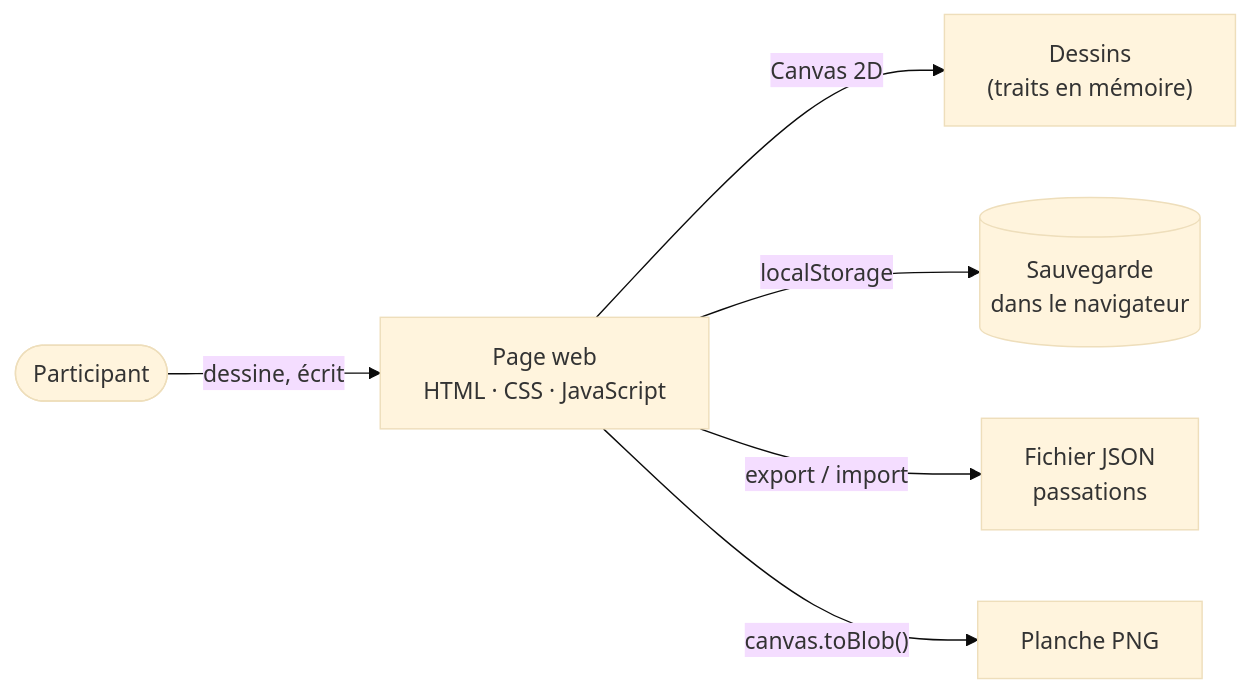
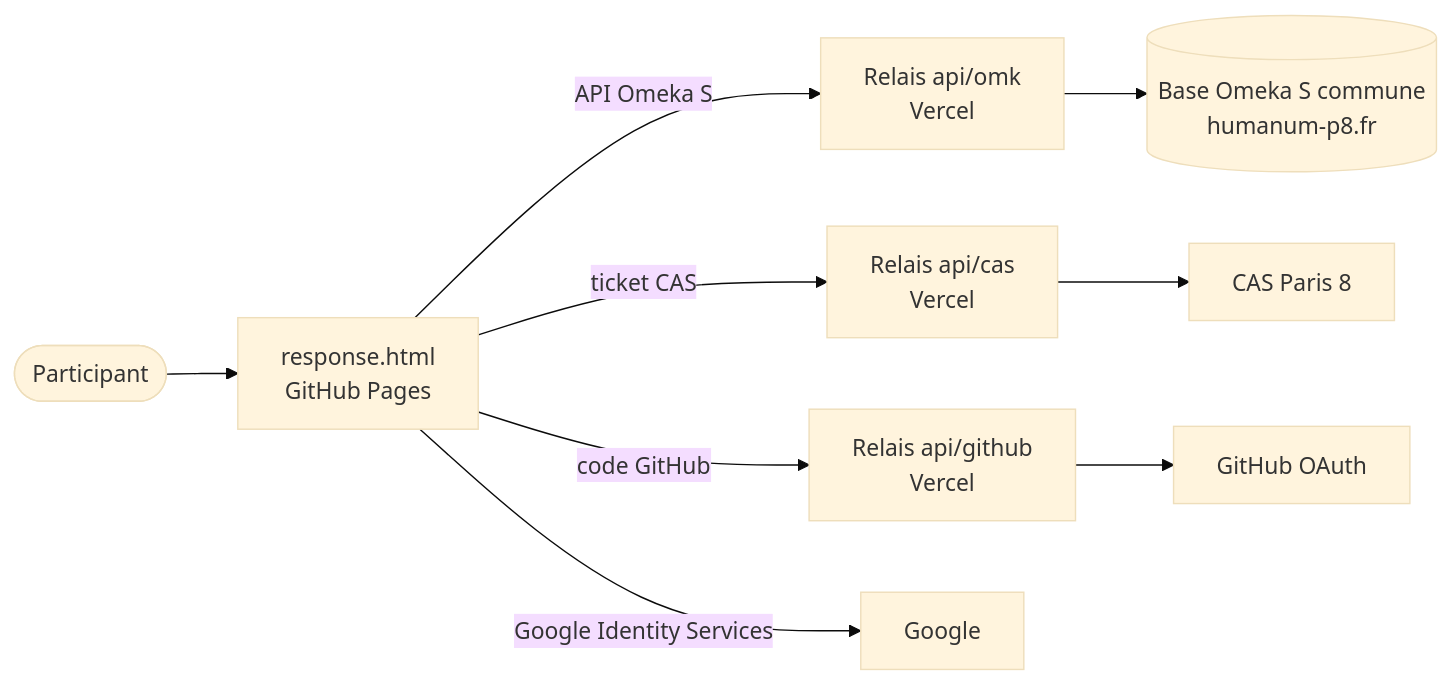
One commit to AntoineJarnoux/ArtificialInquiries_1 changed the diagram in README.md. Above: the diagram before and after it, drawn with Mermaid (base theme). The commit also changed other lines of this file and 3 other files, not shown here.

First line of the commit message:
Bouton « Se connecter avec GitHub » (OAuth) et README à jour

````diff
--- a/README.md
+++ b/README.md
@@ -44,8 +60,11 @@
 ```mermaid
 flowchart LR
-    U(["Participant"]) -->|"dessine, écrit"| F["Page web<br/>HTML · CSS · JavaScript"]
-    F -->|"Canvas 2D"| D["Dessins<br/>(traits en mémoire)"]
-    F -->|"localStorage"| L[("Sauvegarde<br/>dans le navigateur")]
-    F -->|"export / import"| J["Fichier JSON<br/>passations"]
-    F -->|"canvas.toBlob()"| P["Planche PNG"]
+    U(["Participant"]) --> P["response.html<br/>GitHub Pages"]
+    P -->|"API Omeka S"| R1["Relais api/omk<br/>Vercel"]
+    R1 --> O[("Base Omeka S commune<br/>humanum-p8.fr")]
+    P -->|"ticket CAS"| R2["Relais api/cas<br/>Vercel"]
+    R2 --> C["CAS Paris 8"]
+    P -->|"code GitHub"| R3["Relais api/github<br/>Vercel"]
+    R3 --> G["GitHub OAuth"]
+    P -->|"Google Identity Services"| GG["Google"]
 ```
````
